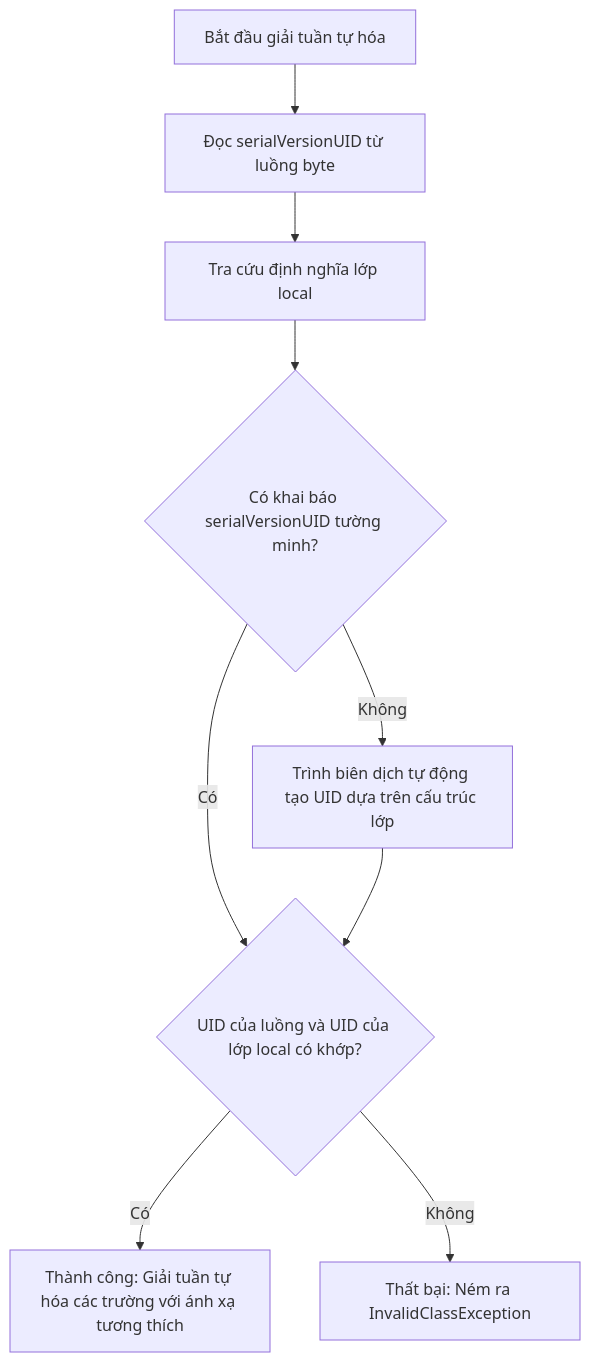
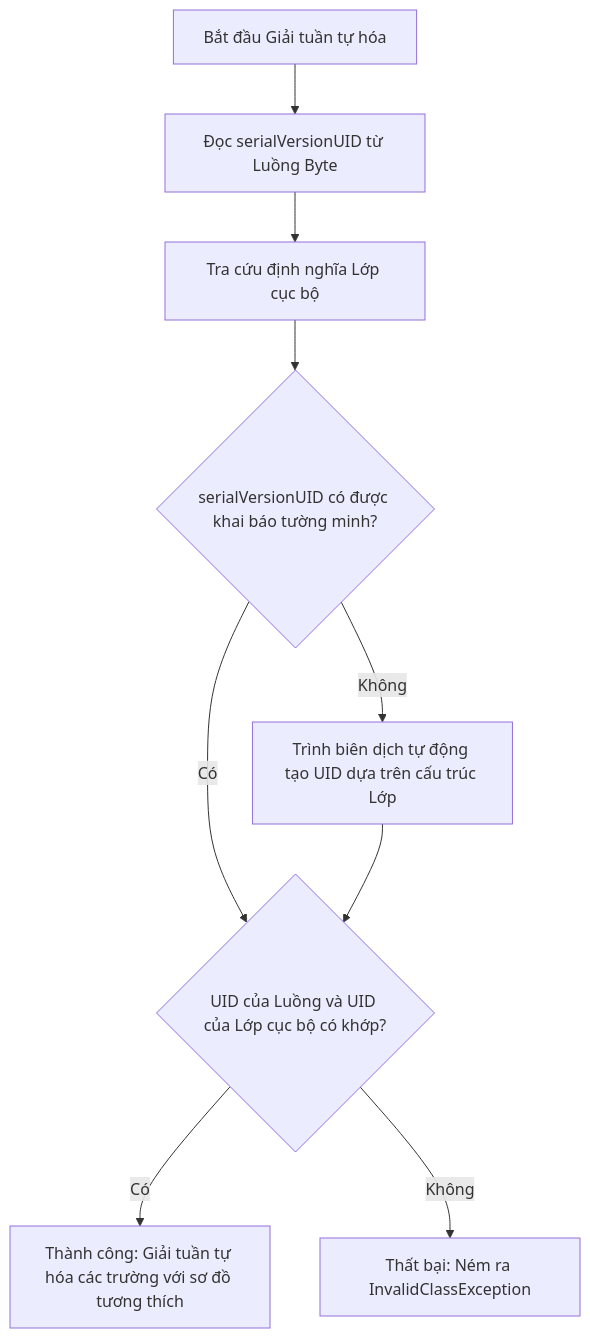
The first of 3 diagrams in vi/26-io/theory/03-serialization-concepts.md (PhuThien2005/theoretical-of-java-core), drawn with Mermaid before and after one commit. The commit also changed other lines of this file and 229 other files, not shown here.

````diff
--- a/vi/26-io/theory/03-serialization-concepts.md
+++ b/vi/26-io/theory/03-serialization-concepts.md
@@ -56,11 +56,11 @@
 ```mermaid
 flowchart TD
-    A[Bắt đầu giải tuần tự hóa] --> B[Đọc serialVersionUID từ luồng byte]
-    B --> C[Tra cứu định nghĩa lớp local]
-    C --> D{Có khai báo serialVersionUID tường minh?}
-    D -->|Có| E{UID của luồng và UID của lớp local có khớp?}
-    D -->|Không| F[Trình biên dịch tự động tạo UID dựa trên cấu trúc lớp]
+    A[Bắt đầu Giải tuần tự hóa] --> B[Đọc serialVersionUID từ Luồng Byte]
+    B --> C[Tra cứu định nghĩa Lớp cục bộ]
+    C --> D{serialVersionUID có được khai báo tường minh?}
+    D -->|Có| E{UID của Luồng và UID của Lớp cục bộ có khớp?}
+    D -->|Không| F[Trình biên dịch tự động tạo UID dựa trên cấu trúc Lớp]
     F --> E
-    E -->|Có| G[Thành công: Giải tuần tự hóa các trường với ánh xạ tương thích]
+    E -->|Có| G[Thành công: Giải tuần tự hóa các trường với sơ đồ tương thích]
     E -->|Không| H[Thất bại: Ném ra InvalidClassException]
 ```
````
